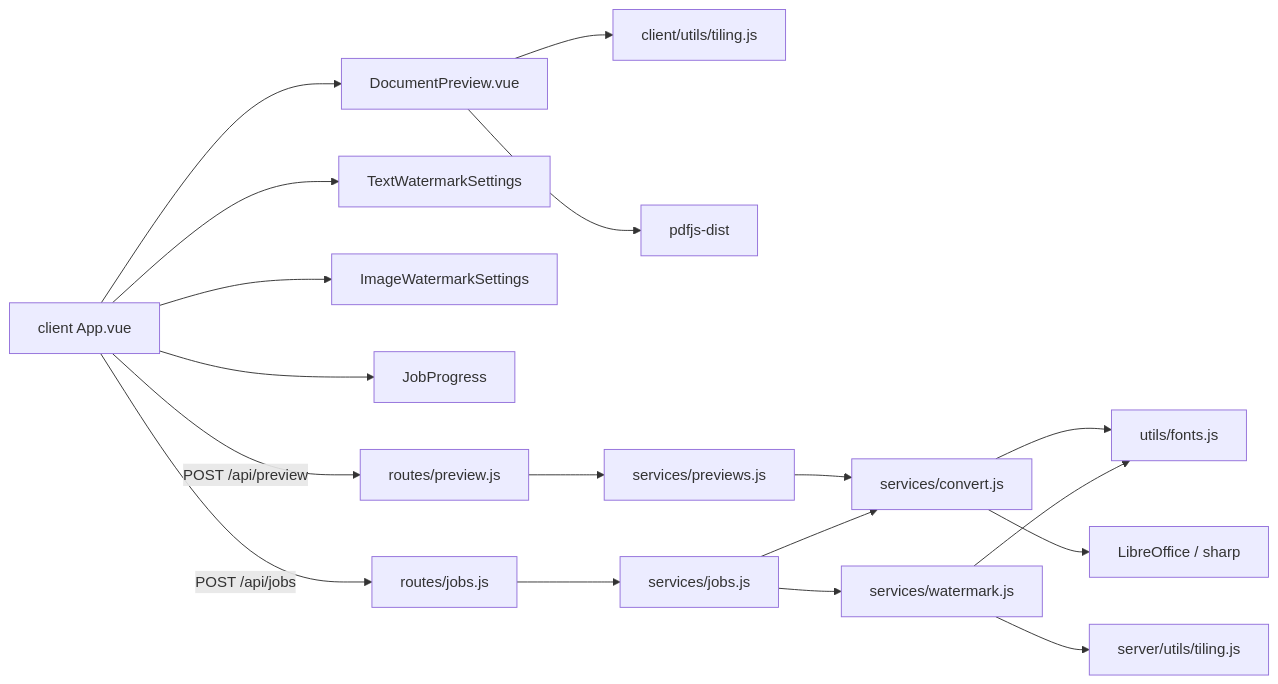
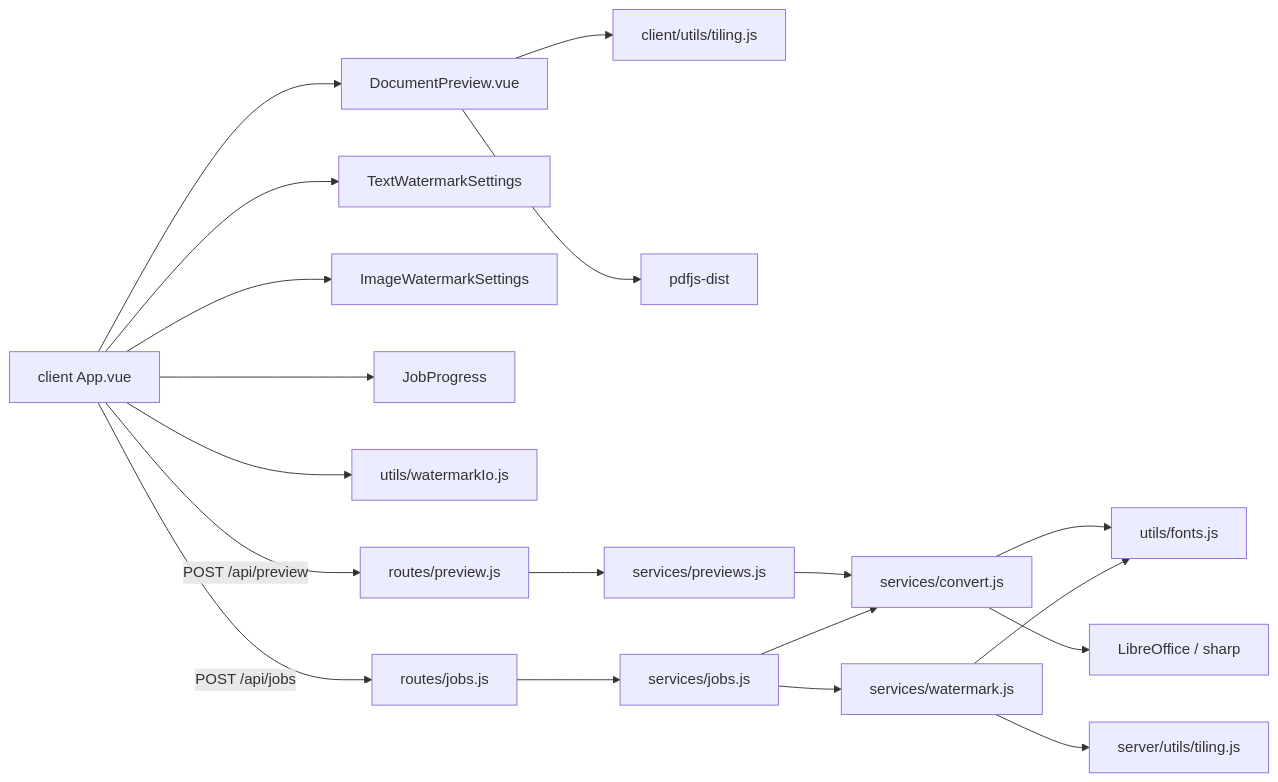
Before and after one commit to vitervholovi/pdf-compiler: the diagram in graphify/GRAPH_REPORT.md, drawn with Mermaid. The commit also changed other lines of this file and 25 other files, not shown here.

````diff
--- a/graphify/GRAPH_REPORT.md
+++ b/graphify/GRAPH_REPORT.md
@@ -7,20 +7,21 @@
 ```mermaid
 flowchart LR
   UI[client App.vue] --> Preview[DocumentPreview.vue]
   UI --> TextWM[TextWatermarkSettings]
   UI --> ImgWM[ImageWatermarkSettings]
   UI --> JobsUI[JobProgress]
+  UI --> WmIO[utils/watermarkIo.js]
   Preview --> TileC[client/utils/tiling.js]
   Preview --> PdfJS[pdfjs-dist]
   UI -->|POST /api/preview| PrevR[routes/preview.js]
   UI -->|POST /api/jobs| JobsR[routes/jobs.js]
   PrevR --> Previews[services/previews.js]
   Previews --> Convert[services/convert.js]
   JobsR --> Jobs[services/jobs.js]
   Jobs --> Convert
   Jobs --> WM[services/watermark.js]
   Convert --> Fonts[utils/fonts.js]
   Convert --> LO[LibreOffice / sharp]
   WM --> TileS[server/utils/tiling.js]
   WM --> Fonts
 ```
````
